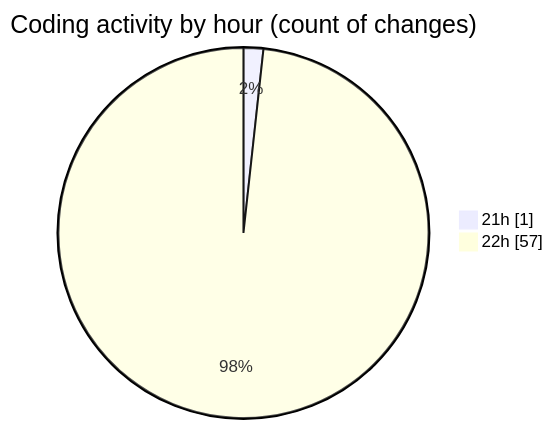
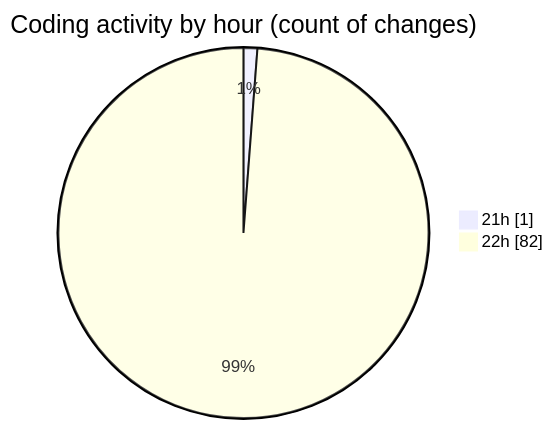
One commit to Unknowalive/code-tracking changed the second of 2 diagrams in 2026-04-07/t2s/README.md. Above: the diagram before and after it, drawn with Mermaid. The commit also changed other lines of this file and 1 other file, not shown here.

````diff
--- a/2026-04-07/t2s/README.md
+++ b/2026-04-07/t2s/README.md
@@ -69,6 +86,6 @@
 ```mermaid
 pie showData
 title Coding activity by hour (count of changes)
 "21h" : 1
-"22h" : 57
+"22h" : 82
 ```
````
